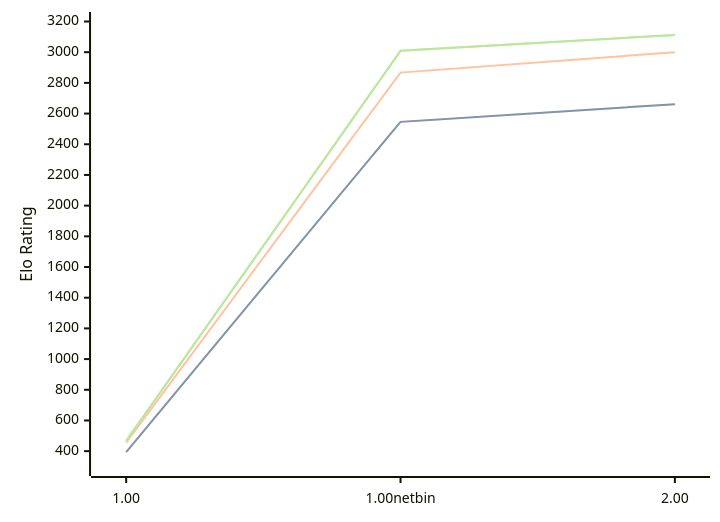
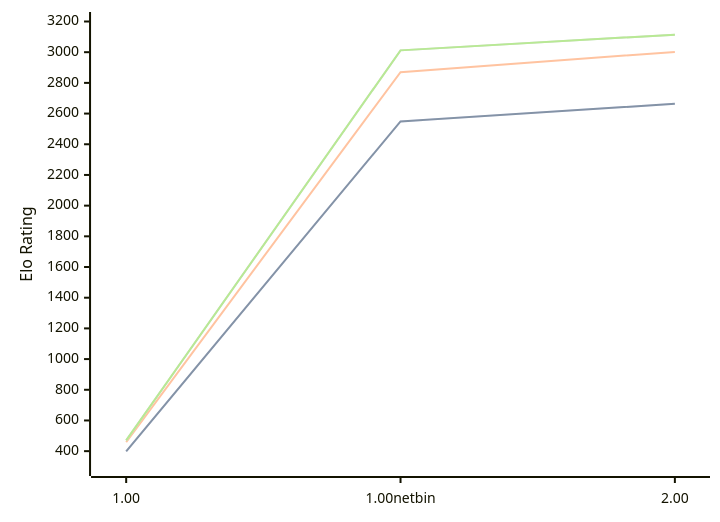
The diagram in engines/Gilipol.md (computer-chess-index/cci), drawn with Mermaid before and after one commit. The commit also changed other lines of this file, not shown here.

Commit message:
Update CCI Ratings (ELO VLTC) - 2026-09-24

````diff
--- a/engines/Gilipol.md
+++ b/engines/Gilipol.md
@@ -33,11 +33,11 @@
 ```mermaid
 %%{init: {"theme":"base","themeVariables":{"seriesColors:['#a3a3a3','#222221','#faa371']}}}%%
 xychart-beta
   x-axis ["1.00", "1.00netbin", "2.00"]
   y-axis "Elo Rating" 300 --> 3200
-  line "" [394, 2546, 2661]
-  line "STC (8.0+0.08s)" [394, 2546, 2661]
-  line "LTC (60.0+0.60s)" [455, 2867, 3000]
-  line "" [467, 3009, 3112]
-  line "VLTC (2m24s+1.12s)" [467, 3009, 3112]
+  line "" [398, 2549, 2664]
+  line "STC (8.0+0.08s)" [398, 2549, 2664]
+  line "LTC (60.0+0.60s)" [459, 2870, 3002]
+  line "" [470, 3012, 3114]
+  line "VLTC (2m24s+1.12s)" [470, 3012, 3114]
 ```
````
